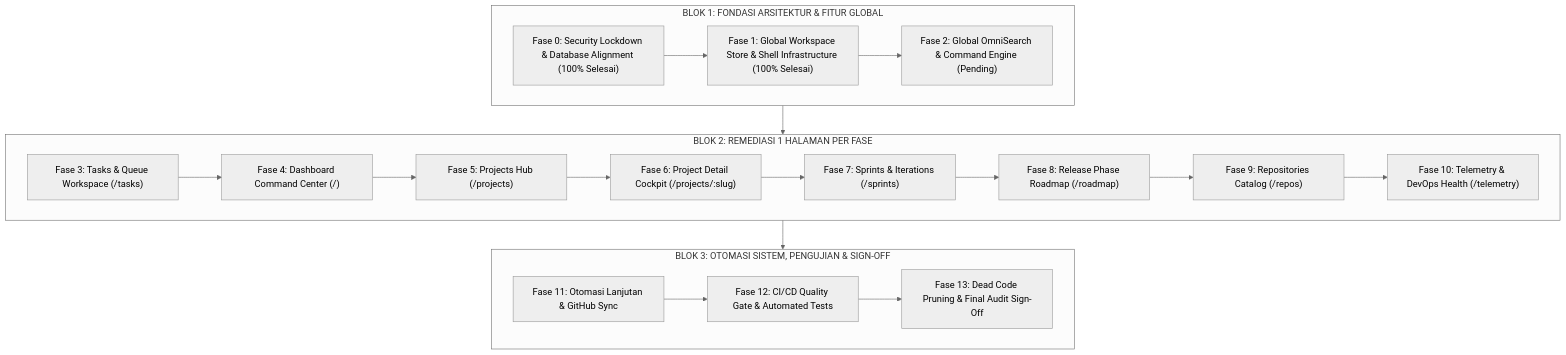
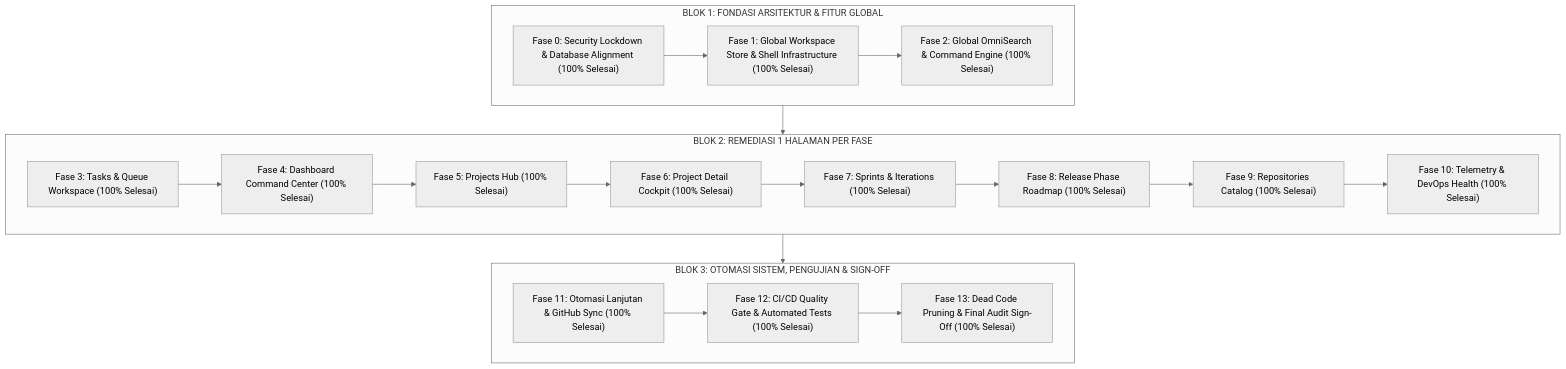
One commit to bagja-iskandar/Management changed the first of 6 diagrams in docs/master-remediation-plan.md. Above: the diagram before and after it, drawn with Mermaid (neutral theme). The commit also changed other lines of this file and 46 other files, not shown here.

````diff
--- a/docs/master-remediation-plan.md
+++ b/docs/master-remediation-plan.md
@@ -29,30 +29,30 @@
 ```mermaid
 flowchart TD
     subgraph BLOK1["BLOK 1: FONDASI ARSITEKTUR & FITUR GLOBAL"]
         P0["Fase 0: Security Lockdown & Database Alignment (100% Selesai)"]
         P1["Fase 1: Global Workspace Store & Shell Infrastructure (100% Selesai)"]
-        P2["Fase 2: Global OmniSearch & Command Engine (Pending)"]
+        P2["Fase 2: Global OmniSearch & Command Engine (100% Selesai)"]
         P0 --> P1 --> P2
     end
 
     subgraph BLOK2["BLOK 2: REMEDIASI 1 HALAMAN PER FASE"]
-        P3["Fase 3: Tasks & Queue Workspace (/tasks)"]
-        P4["Fase 4: Dashboard Command Center (/)"]
-        P5["Fase 5: Projects Hub (/projects)"]
-        P6["Fase 6: Project Detail Cockpit (/projects/:slug)"]
-        P7["Fase 7: Sprints & Iterations (/sprints)"]
-        P8["Fase 8: Release Phase Roadmap (/roadmap)"]
-        P9["Fase 9: Repositories Catalog (/repos)"]
-        P10["Fase 10: Telemetry & DevOps Health (/telemetry)"]
+        P3["Fase 3: Tasks & Queue Workspace (100% Selesai)"]
+        P4["Fase 4: Dashboard Command Center (100% Selesai)"]
+        P5["Fase 5: Projects Hub (100% Selesai)"]
+        P6["Fase 6: Project Detail Cockpit (100% Selesai)"]
+        P7["Fase 7: Sprints & Iterations (100% Selesai)"]
+        P8["Fase 8: Release Phase Roadmap (100% Selesai)"]
+        P9["Fase 9: Repositories Catalog (100% Selesai)"]
+        P10["Fase 10: Telemetry & DevOps Health (100% Selesai)"]
         P3 --> P4 --> P5 --> P6 --> P7 --> P8 --> P9 --> P10
     end
 
     subgraph BLOK3["BLOK 3: OTOMASI SISTEM, PENGUJIAN & SIGN-OFF"]
-        P11["Fase 11: Otomasi Lanjutan & GitHub Sync"]
-        P12["Fase 12: CI/CD Quality Gate & Automated Tests"]
-        P13["Fase 13: Dead Code Pruning & Final Audit Sign-Off"]
+        P11["Fase 11: Otomasi Lanjutan & GitHub Sync (100% Selesai)"]
+        P12["Fase 12: CI/CD Quality Gate & Automated Tests (100% Selesai)"]
+        P13["Fase 13: Dead Code Pruning & Final Audit Sign-Off (100% Selesai)"]
         P11 --> P12 --> P13
     end
 
     BLOK1 --> BLOK2 --> BLOK3
 ```
````
